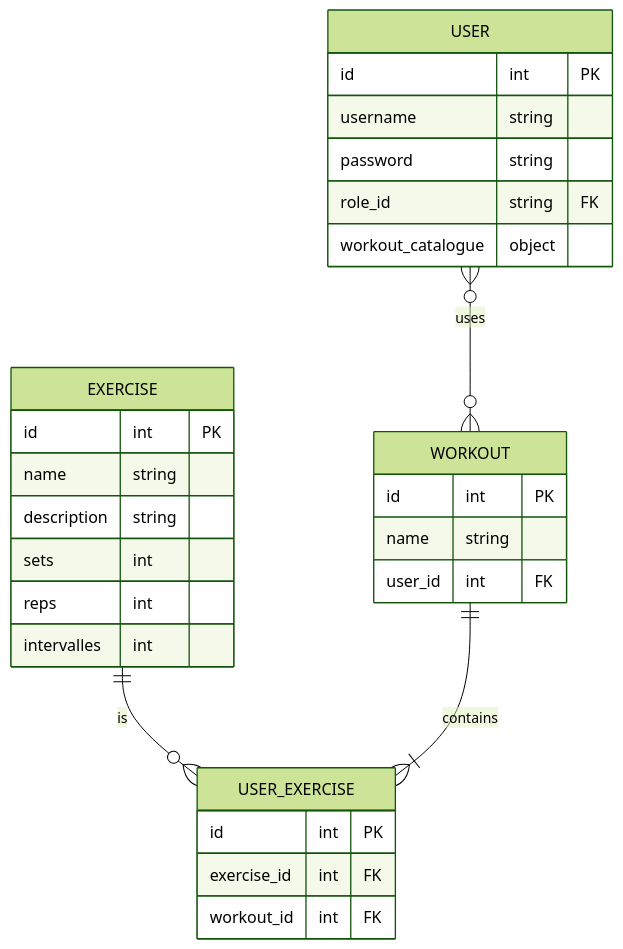
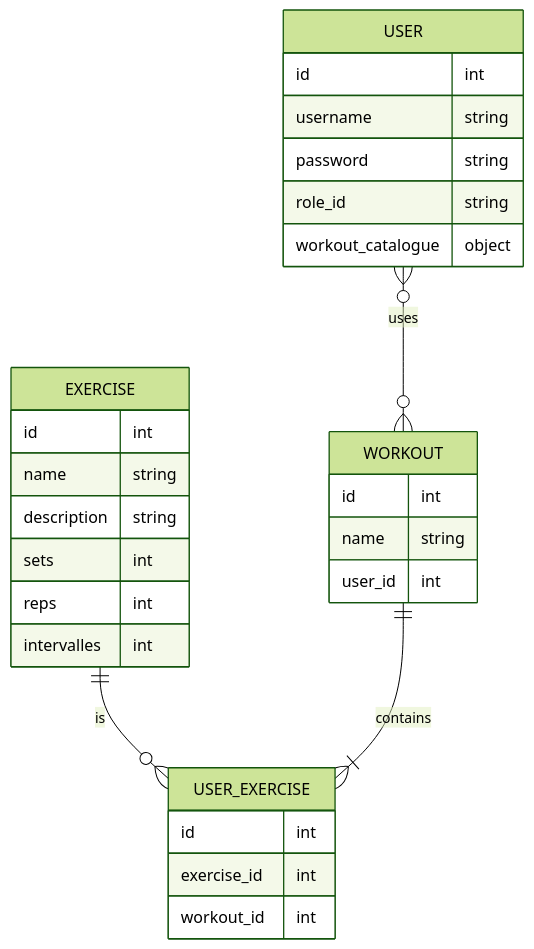
Before and after one commit to VAlexandersson/XPERT_Fullstack_Gym_Scheduler: the diagram in README.md, drawn with Mermaid (forest theme).

Commit message:
mermaid debug

````diff
--- a/README.md
+++ b/README.md
@@ -11,35 +11,34 @@
 ```mermaid
 erDiagram
 
     EXERCISE ||--o{ USER_EXERCISE : is
     WORKOUT ||--|{ USER_EXERCISE : contains
     USER }o--o{ WORKOUT : uses    
 
     USER {
-        id int PK 
-        username string 
+        id int
+        username string
         password string
-        role_id string FK
-        workout_catalogue object 
+        role_id string
+        workout_catalogue object
     }
     WORKOUT {
-       id int PK 
+       id int
        name string
-       user_id int FK 
+       user_id int
     }
     EXERCISE {
-        id int PK
+        id int
         name string
         description string
         sets int
         reps int
         intervalles int
     }
-
     USER_EXERCISE {
-       id int PK
-       exercise_id int FK
-       workout_id int FK 
+       id int
+       exercise_id int
+       workout_id int
     }
 
 ```
````
